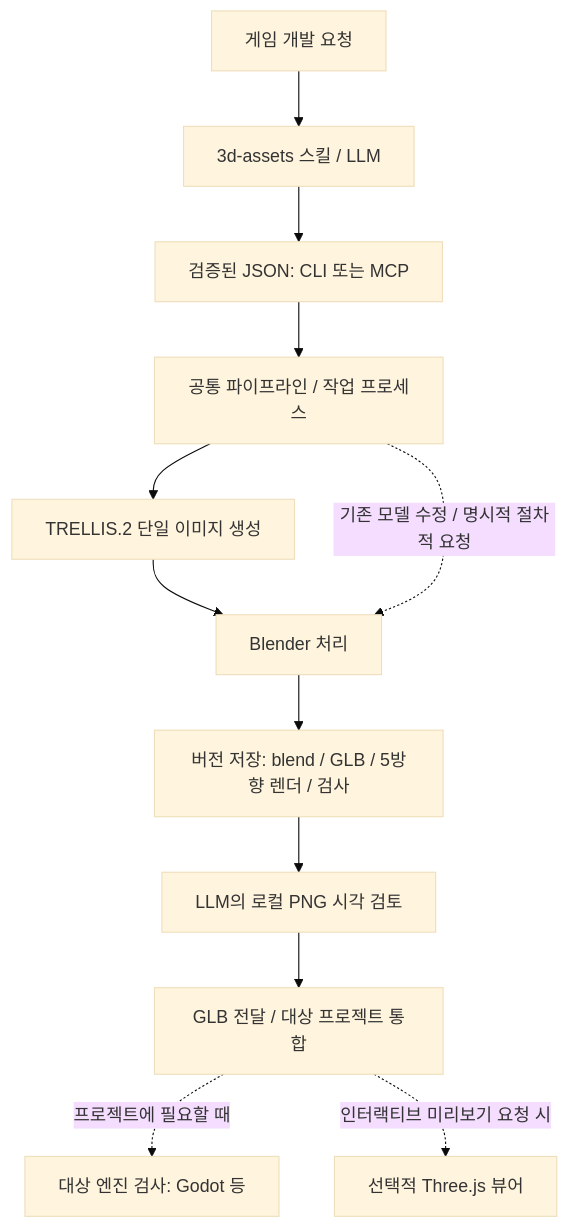
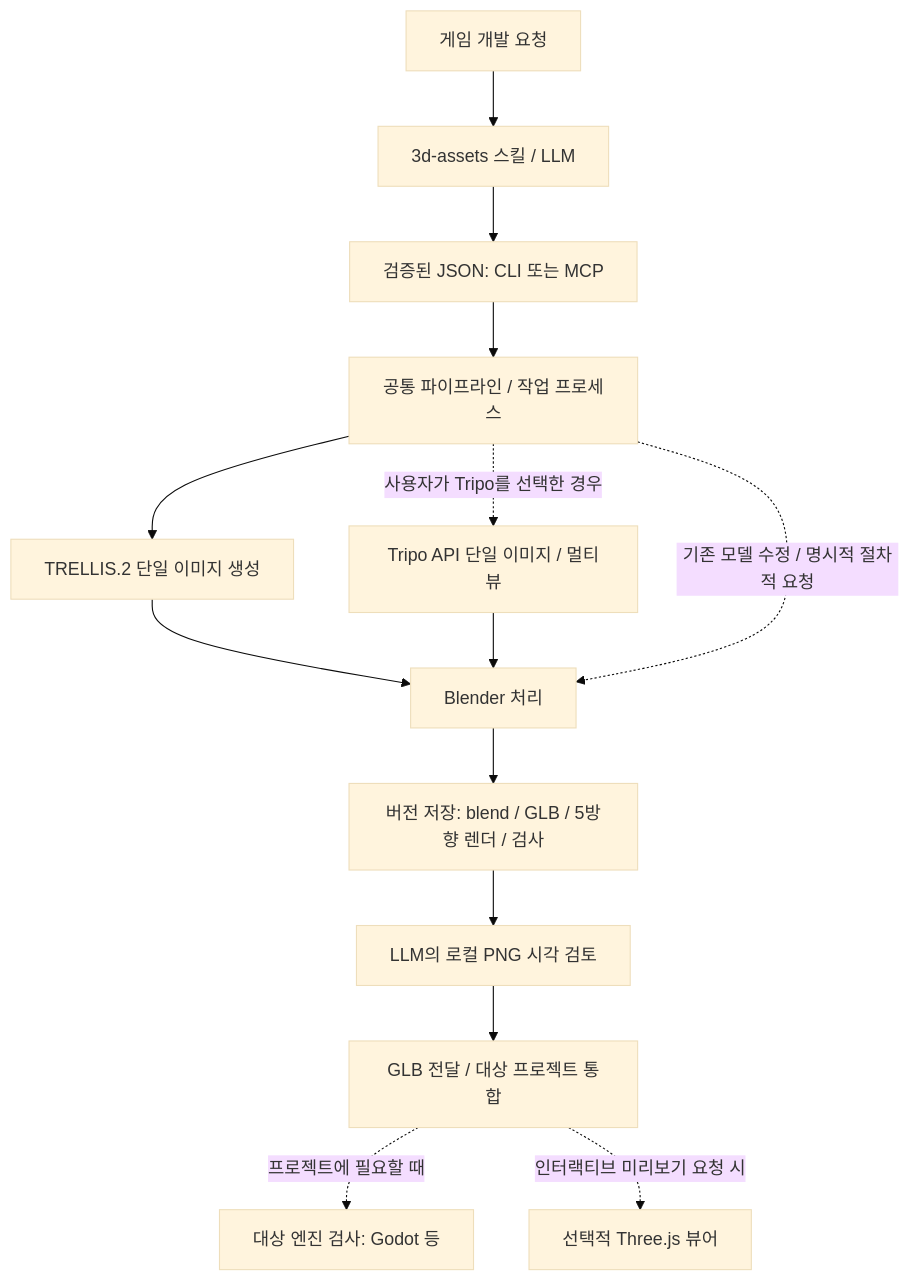
Before and after one commit to NA-DEGEN-GIRL/3d-asset-auto: the diagram in docs/ARCHITECTURE.md, drawn with Mermaid (base theme). The commit also changed other lines of this file and 22 other files, not shown here.

Commit message:
Add explicit Tripo API generation with multiview and task recovery

````diff
--- a/docs/ARCHITECTURE.md
+++ b/docs/ARCHITECTURE.md
@@ -5,14 +5,16 @@
 ```mermaid
 flowchart TD
     A[게임 개발 요청] --> B[3d-assets 스킬 / LLM]
     B --> C[검증된 JSON: CLI 또는 MCP]
     C --> D[공통 파이프라인 / 작업 프로세스]
     D --> E[TRELLIS.2 단일 이미지 생성]
     E --> F[Blender 처리]
+    D -. 사용자가 Tripo를 선택한 경우 .-> T[Tripo API 단일 이미지 / 멀티뷰]
+    T --> F
     D -. 기존 모델 수정 / 명시적 절차적 요청 .-> F
     F --> G[버전 저장: blend / GLB / 5방향 렌더 / 검사]
     G --> J[LLM의 로컬 PNG 시각 검토]
     J --> K[GLB 전달 / 대상 프로젝트 통합]
     K -. 프로젝트에 필요할 때 .-> H[대상 엔진 검사: Godot 등]
     K -. 인터랙티브 미리보기 요청 시 .-> I[선택적 Three.js 뷰어]
 ```
````
